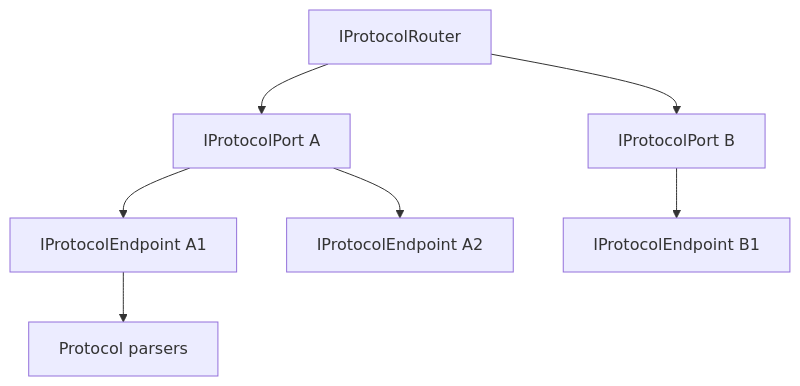
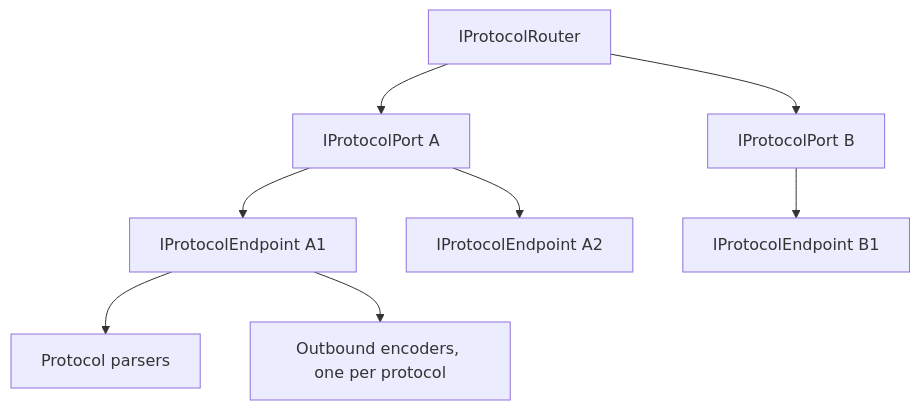
Before and after one commit to asv-soft/asv-common: the first of 2 diagrams in src/Writerside/topics/IO-Connections.md, drawn with Mermaid. The commit also changed other lines of this file and 19 other files, not shown here.

````diff
--- a/src/Writerside/topics/IO-Connections.md
+++ b/src/Writerside/topics/IO-Connections.md
@@ -7,9 +7,10 @@
 ```mermaid
 flowchart TD
     Router["IProtocolRouter"] --> PortA["IProtocolPort A"]
     Router --> PortB["IProtocolPort B"]
     PortA --> EndpointA["IProtocolEndpoint A1"]
     PortA --> EndpointB["IProtocolEndpoint A2"]
     PortB --> EndpointC["IProtocolEndpoint B1"]
     EndpointA --> Parsers["Protocol parsers"]
+    EndpointA --> Encoders["Outbound encoders, one per protocol"]
 ```
````
